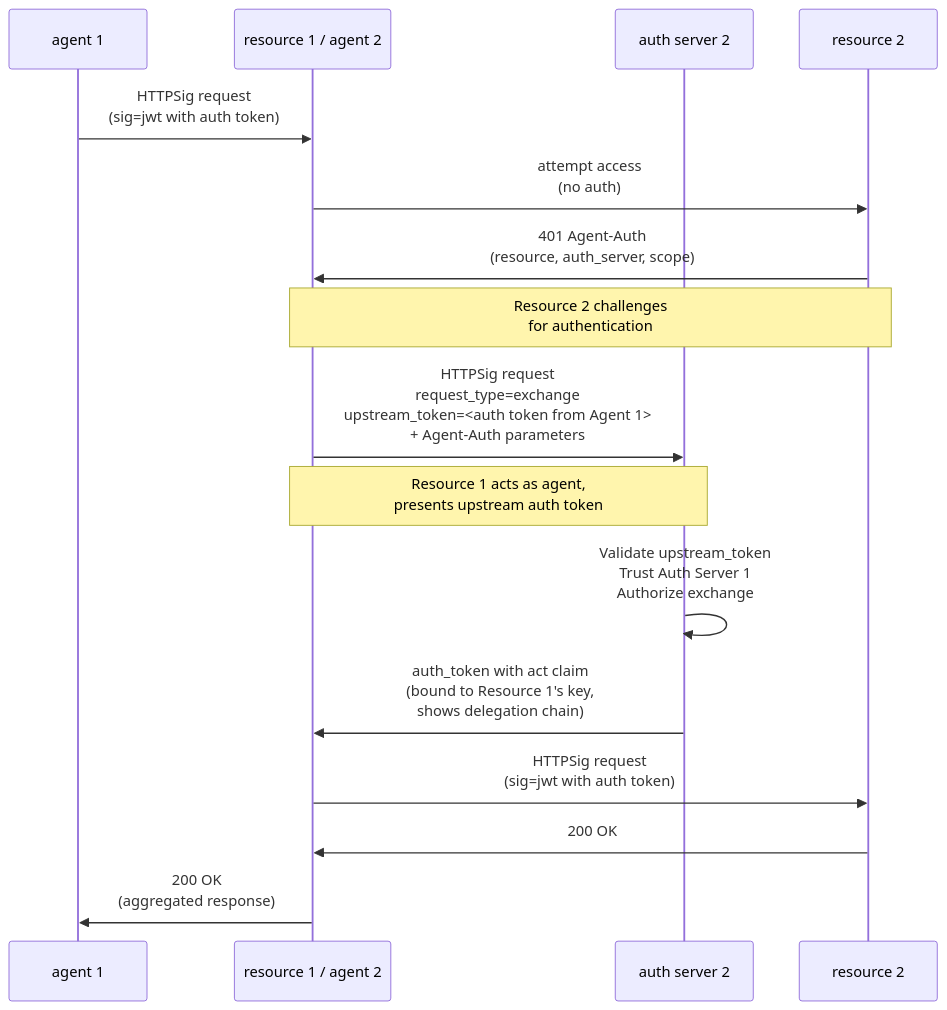
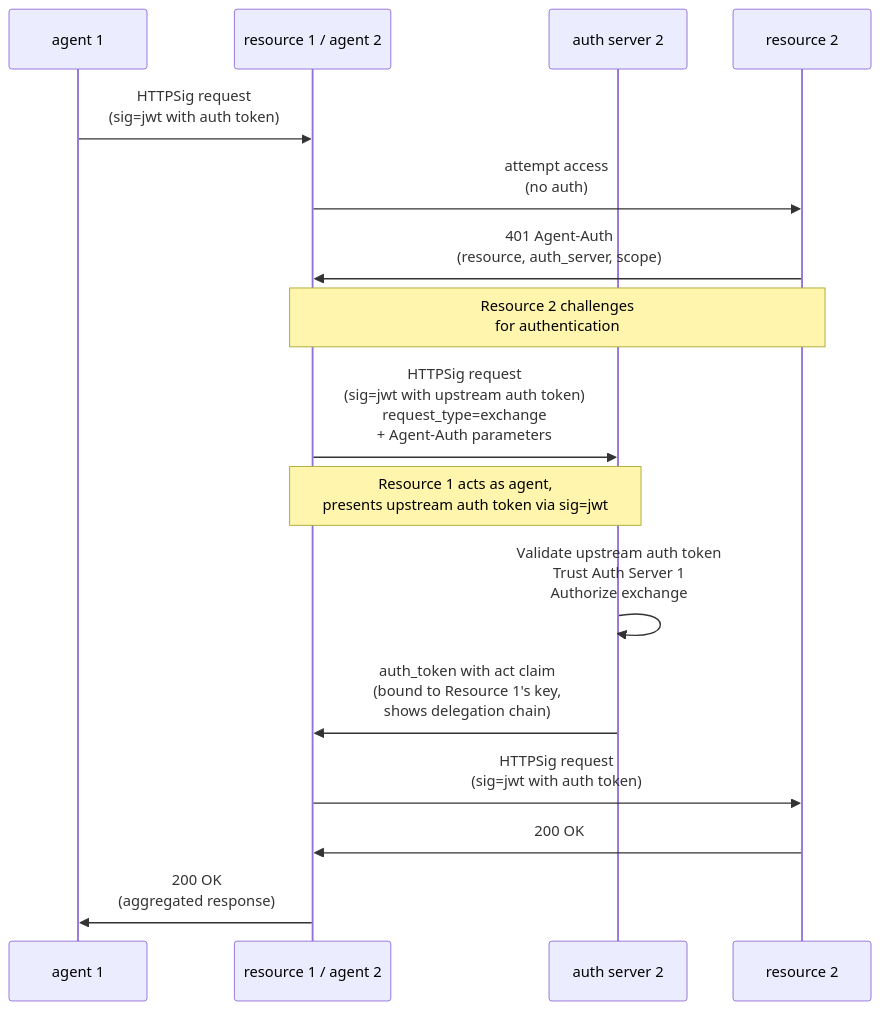
Before and after one commit to dickhardt/agent-auth: the eighth of 9 diagrams in README.md, drawn with Mermaid. The commit also changed other lines of this file, not shown here.

First line of the commit message:
Fix token exchange mechanism and clarify auth_request_url parameter

````diff
--- a/README.md
+++ b/README.md
@@ -334,24 +333,24 @@
 ```mermaid
 sequenceDiagram
     participant Agent1 as agent 1
     participant Resource1 as resource 1 / agent 2
     participant Auth2 as auth server 2
     participant Resource2 as resource 2
 
     Agent1->>Resource1: HTTPSig request<br/>(sig=jwt with auth token)
 
     Resource1->>Resource2: attempt access<br/>(no auth)
     Resource2->>Resource1: 401 Agent-Auth<br/>(resource, auth_server, scope)
     Note over Resource1,Resource2: Resource 2 challenges<br/>for authentication
 
-    Resource1->>Auth2: HTTPSig request<br/>request_type=exchange<br/>upstream_token=<auth token from Agent 1><br/>+ Agent-Auth parameters
-    Note over Resource1,Auth2: Resource 1 acts as agent,<br/>presents upstream auth token
+    Resource1->>Auth2: HTTPSig request<br/>(sig=jwt with upstream auth token)<br/>request_type=exchange<br/>+ Agent-Auth parameters
+    Note over Resource1,Auth2: Resource 1 acts as agent,<br/>presents upstream auth token via sig=jwt
 
-    Auth2->>Auth2: Validate upstream_token<br/>Trust Auth Server 1<br/>Authorize exchange
+    Auth2->>Auth2: Validate upstream auth token<br/>Trust Auth Server 1<br/>Authorize exchange
     Auth2->>Resource1: auth_token with act claim<br/>(bound to Resource 1's key,<br/>shows delegation chain)
 
     Resource1->>Resource2: HTTPSig request<br/>(sig=jwt with auth token)
     Resource2->>Resource1: 200 OK
 
     Resource1->>Agent1: 200 OK<br/>(aggregated response)
 ```
````
